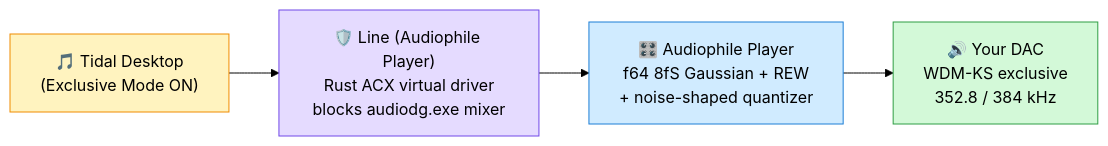
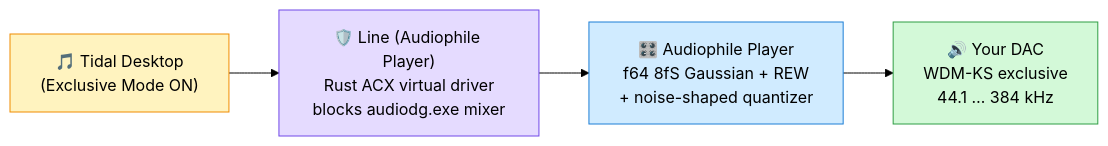
The fifth of 5 diagrams in docs/GETTING_STARTED.md (androxylo/audiophile_player), drawn with Mermaid (forest theme) before and after one commit. The commit also changed other lines of this file and 11 other files, not shown here.

````diff
--- a/docs/GETTING_STARTED.md
+++ b/docs/GETTING_STARTED.md
@@ -141,8 +214,8 @@
 ```mermaid
 flowchart LR
-    T["🎵 Tidal Desktop<br/>(Exclusive Mode ON)"]:::src --> DRV["🛡️ Line (Audiophile Player)<br/>Rust ACX virtual driver<br/>blocks audiodg.exe mixer"]:::drv --> AP["🎛️ Audiophile Player<br/>f64 8fS Gaussian + REW<br/>+ noise-shaped quantizer"]:::dsp --> DAC["🔊 Your DAC<br/>WDM-KS exclusive<br/>352.8 / 384 kHz"]:::dac
+    T["🎵 Tidal Desktop<br/>(Exclusive Mode ON)"]:::src --> DRV["🛡️ Line (Audiophile Player)<br/>Rust ACX virtual driver<br/>blocks audiodg.exe mixer"]:::drv --> AP["🎛️ Audiophile Player<br/>f64 8fS Gaussian + REW<br/>+ noise-shaped quantizer"]:::dsp --> DAC["🔊 Your DAC<br/>WDM-KS exclusive<br/>44.1 … 384 kHz"]:::dac
     classDef src fill:#fff3bf,stroke:#f08c00,color:#000
     classDef drv fill:#e5dbff,stroke:#7048e8,color:#000
     classDef dsp fill:#d0ebff,stroke:#1c7ed6,color:#000
     classDef dac fill:#d3f9d8,stroke:#2f9e44,color:#000
 ```
````
